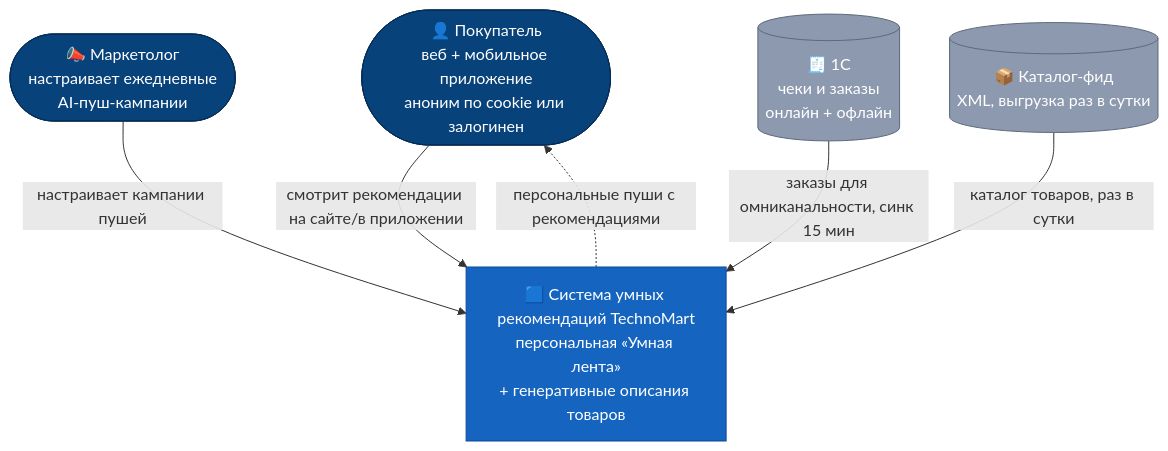
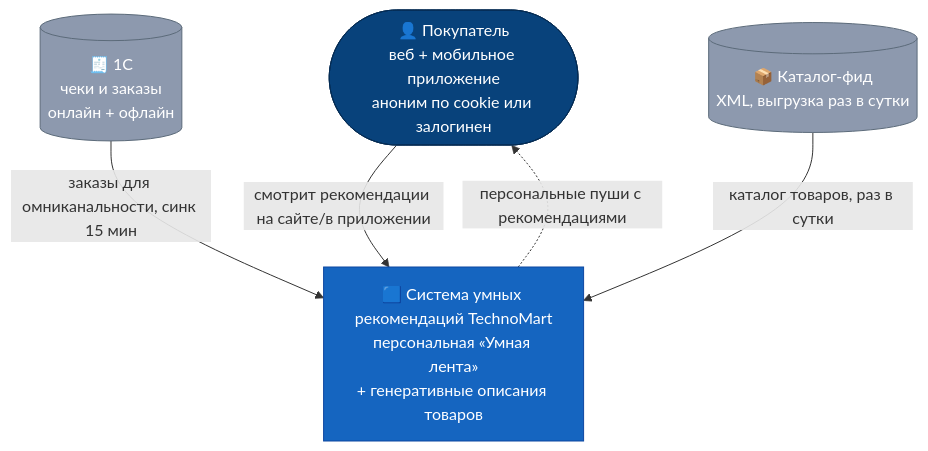
Before and after one commit to divisee/otus-ai-architect: the first of 4 diagrams in hw-2/README.md, drawn with Mermaid. The commit also changed other lines of this file and 6 other files, not shown here.

````diff
--- a/hw-2/README.md
+++ b/hw-2/README.md
@@ -29,23 +27,21 @@
 ```mermaid
 flowchart TB
     customer([👤 Покупатель<br/>веб + мобильное приложение<br/>аноним по cookie или залогинен])
-    marketer([📣 Маркетолог<br/>настраивает ежедневные<br/>AI-пуш-кампании])
 
     SYS["🟦 Система умных рекомендаций TechnoMart<br/>персональная «Умная лента»<br/>+ генеративные описания товаров"]
 
     onec[("🧾 1С<br/>чеки и заказы<br/>онлайн + офлайн")]
     xml[("📦 Каталог-фид<br/>XML, выгрузка раз в сутки")]
 
     customer -->|"смотрит рекомендации на сайте/в приложении"| SYS
     SYS -.->|"персональные пуши с рекомендациями"| customer
-    marketer -->|"настраивает кампании пушей"| SYS
     onec -->|"заказы для омниканальности, синк 15 мин"| SYS
     xml -->|"каталог товаров, раз в сутки"| SYS
 
     classDef person fill:#08427b,stroke:#052c54,color:#ffffff;
     classDef sys fill:#1565c0,stroke:#0d47a1,color:#ffffff;
     classDef ext fill:#8d99ae,stroke:#5c6b7a,color:#ffffff;
-    class customer,marketer person;
+    class customer person;
     class SYS sys;
     class onec,xml ext;
 ```
````
